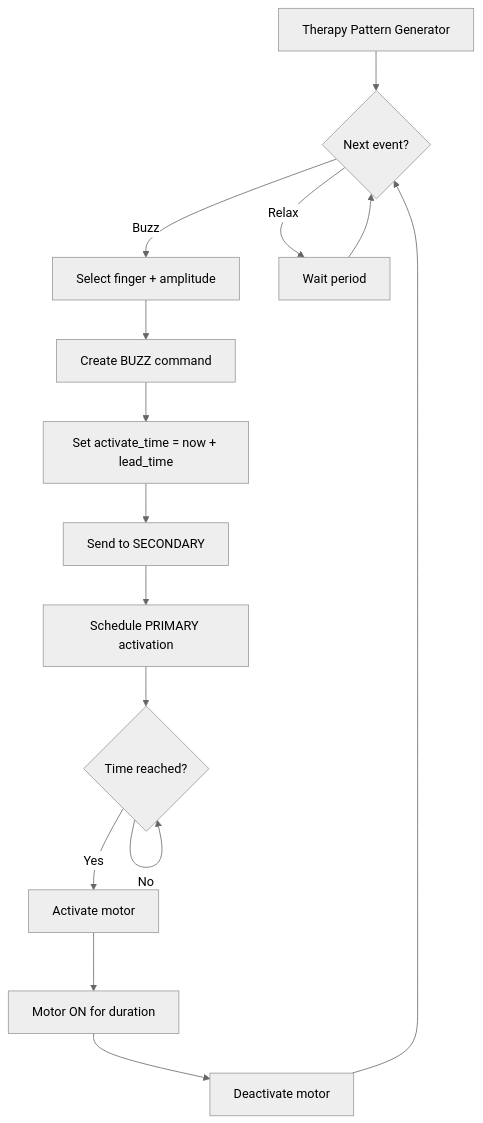
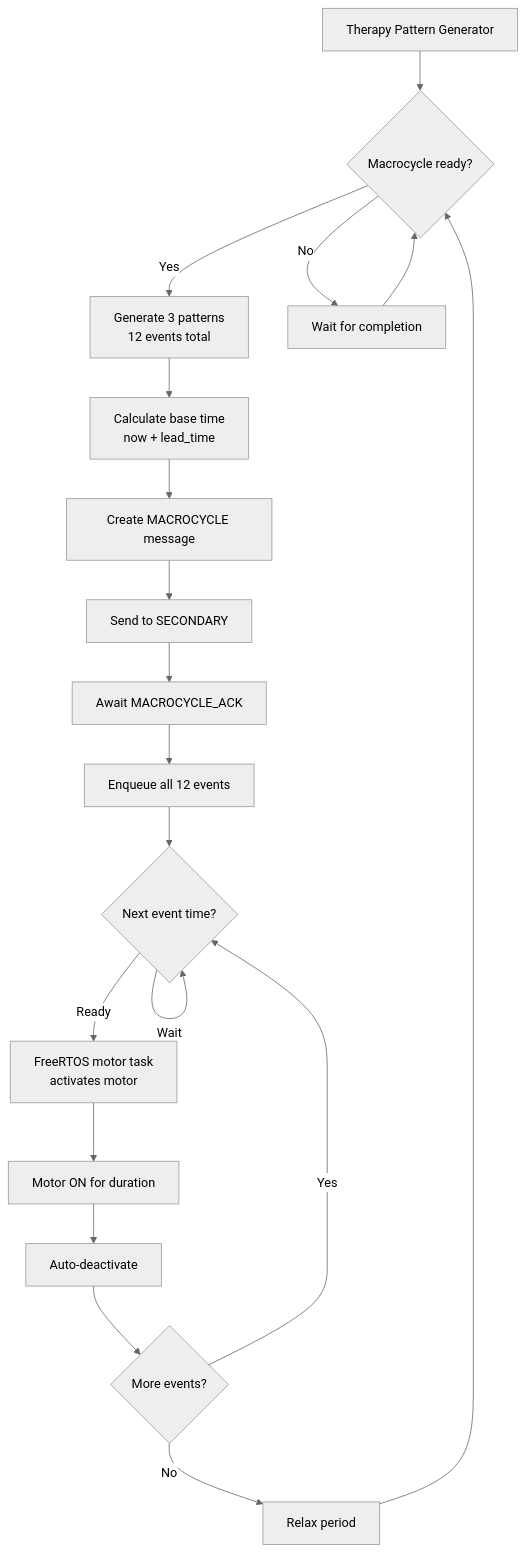
The fourth of 5 diagrams in docs/SYNCHRONIZATION_PROTOCOL.md (BlueBuzzah/BlueBuzzah-Firmware), drawn with Mermaid (neutral theme) before and after one commit. The commit also changed other lines of this file and 34 other files, not shown here.

Commit message:
Refactor to FreeRTOS motor task with timing optimizations

````diff
--- a/docs/SYNCHRONIZATION_PROTOCOL.md
+++ b/docs/SYNCHRONIZATION_PROTOCOL.md
@@ -184,20 +205,23 @@
 ```mermaid
 flowchart TD
-    A[Therapy Pattern Generator] --> B{Next event?}
-    B -->|Buzz| C[Select finger + amplitude]
-    B -->|Relax| D[Wait period]
+    A[Therapy Pattern Generator] --> B{Macrocycle ready?}
+    B -->|Yes| C[Generate 3 patterns<br/>12 events total]
+    B -->|No| D[Wait for completion]
+    D --> B
 
-    C --> E[Create BUZZ command]
-    E --> F[Set activate_time = now + lead_time]
+    C --> E[Calculate base time<br/>now + lead_time]
+    E --> F[Create MACROCYCLE message]
     F --> G[Send to SECONDARY]
-    G --> H[Schedule PRIMARY activation]
+    G --> H[Await MACROCYCLE_ACK]
+    H --> I[Enqueue all 12 events]
 
-    H --> I{Time reached?}
-    I -->|No| I
-    I -->|Yes| J[Activate motor]
-    J --> K[Motor ON for duration]
-    K --> L[Deactivate motor]
-    L --> B
-
-    D --> B
+    I --> J{Next event time?}
+    J -->|Wait| J
+    J -->|Ready| K[FreeRTOS motor task<br/>activates motor]
+    K --> L[Motor ON for duration]
+    L --> M[Auto-deactivate]
+    M --> N{More events?}
+    N -->|Yes| J
+    N -->|No| O[Relax period]
+    O --> B
 ```
````
